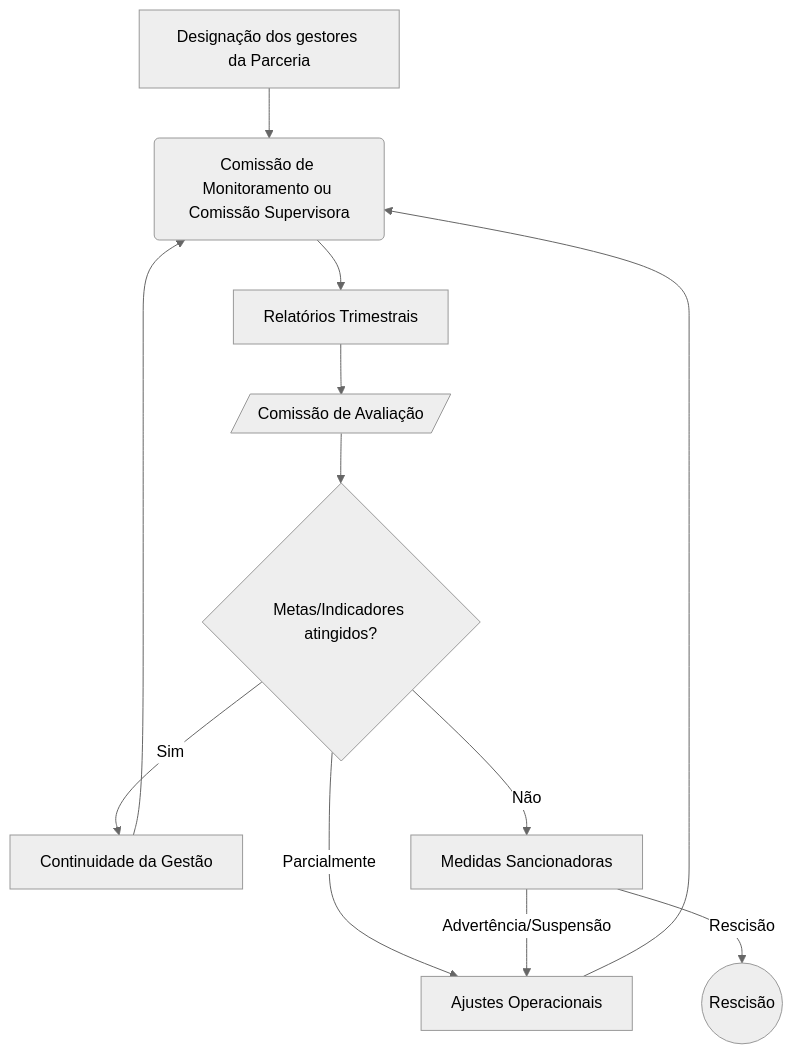
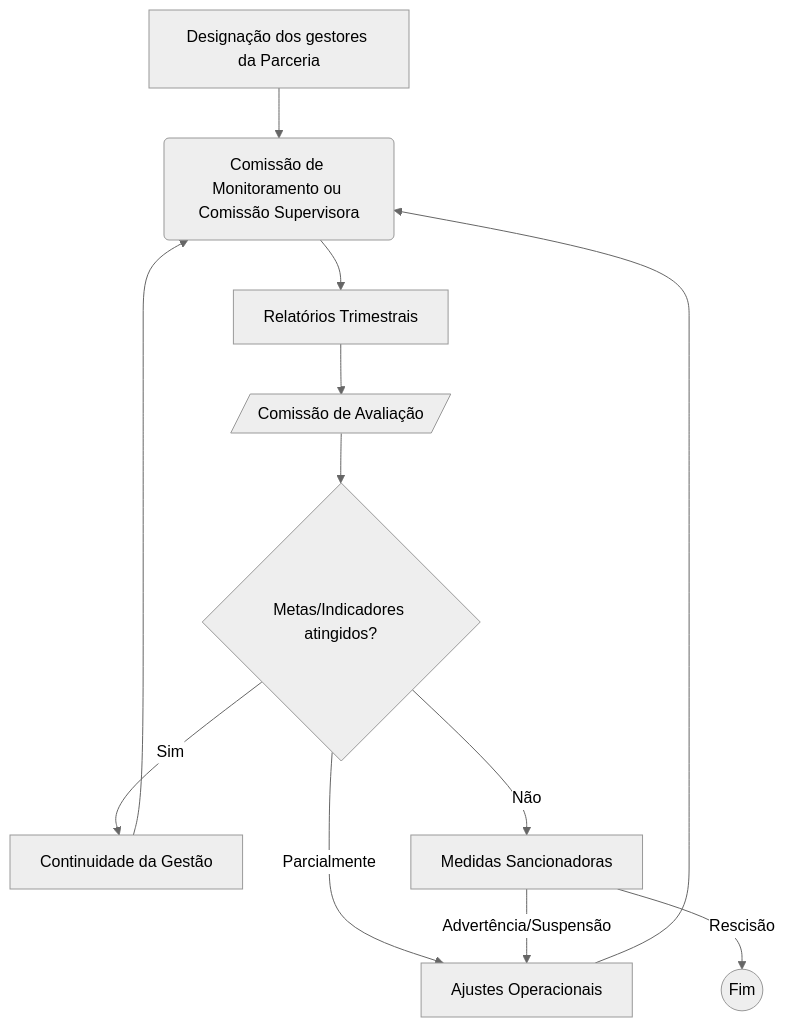
Before and after one commit to iepha-mg/manual.appi: the diagram in paginas/marcos_regulatorios/descentralizacao/README.md, drawn with Mermaid (neutral theme).

```diff
--- a/paginas/marcos_regulatorios/descentralizacao/README.md
+++ b/paginas/marcos_regulatorios/descentralizacao/README.md
@@ -99,23 +99,23 @@
 <div class="mermaid">
 flowchart TB
     OS_GESTORES@{ shape: rect, label: "Designação dos gestores da Parceria" }
     OS_COM_MON@{ shape: rounded, label: "Comissão de Monitoramento ou Comissão Supervisora" }
     OS_REL@{ shape: rect, label: "Relatórios Trimestrais" }
     OS_COM_AV@{ shape: lean-r, label: "Comissão de Avaliação" }
     OS_META@{ shape: diamond, label: "Metas/Indicadores atingidos?" }
     OS_CONT@{ shape: rect, label: "Continuidade da Gestão" }
     OS_SAN@{ shape: rect, label: "Medidas Sancionadoras" }
     OS_ADJ@{ shape: rect, label: "Ajustes Operacionais" }
-    OS_RES@{ shape: circle, label: "Rescisão" }
+    OS_RES@{ shape: circle, label: "Fim" }
     OS_GESTORES --> OS_COM_MON
     OS_COM_MON --> OS_REL
     OS_REL --> OS_COM_AV
     OS_COM_AV --> OS_META
     OS_META -- Sim --> OS_CONT
     OS_CONT --> OS_COM_MON
     OS_META -- Parcialmente --> OS_ADJ
     OS_ADJ --> OS_COM_MON
     OS_META -- Não --> OS_SAN
     OS_SAN -- Advertência/Suspensão --> OS_ADJ
     OS_SAN -- Rescisão --> OS_RES
 </div>
```
